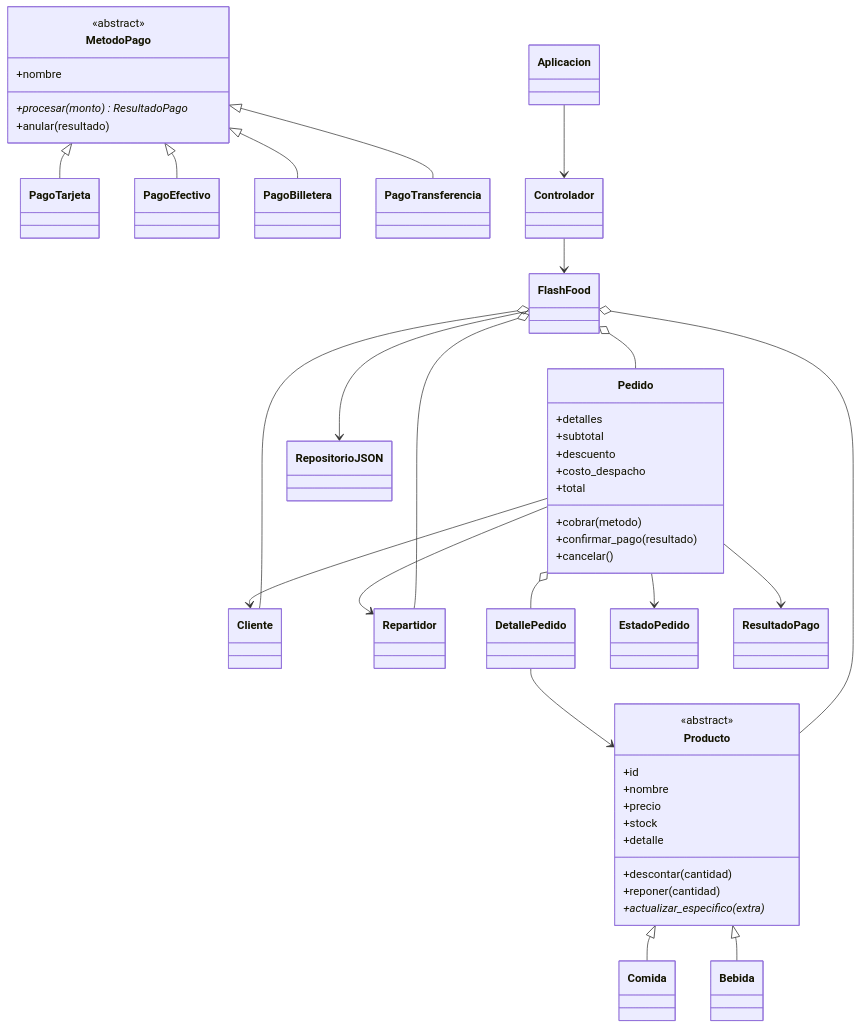
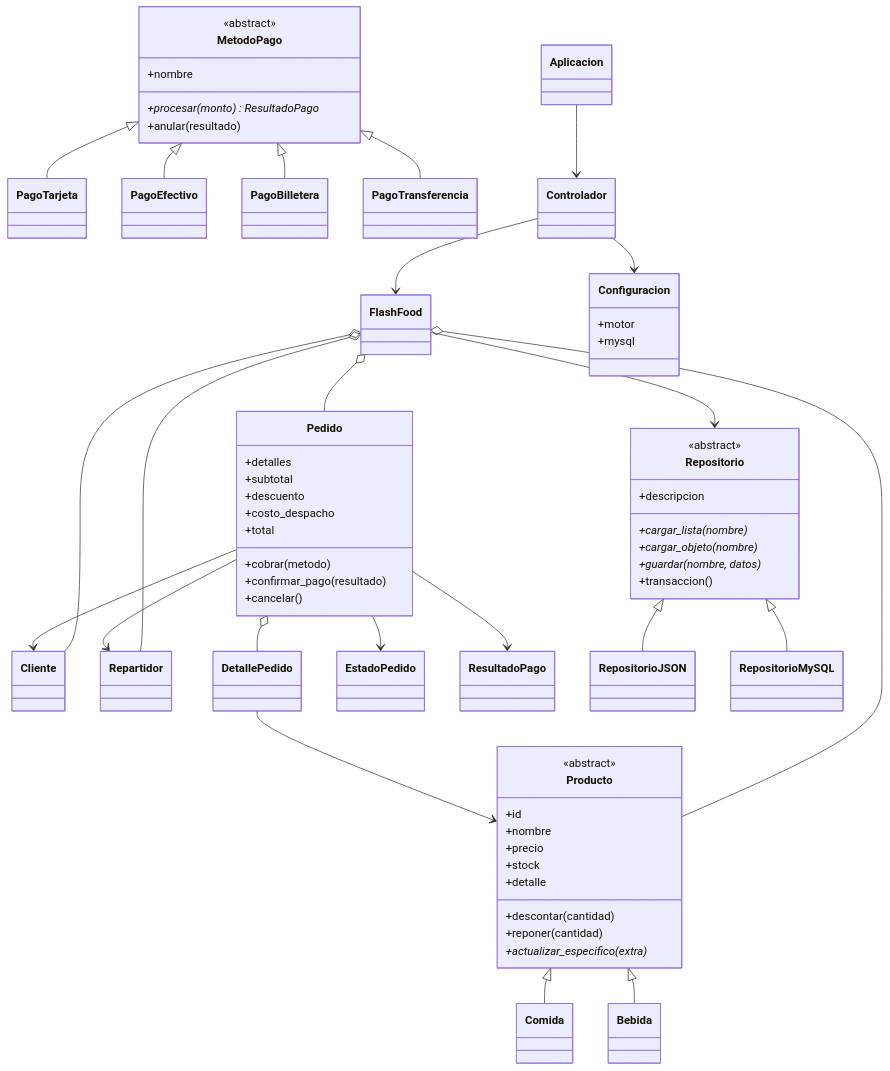
The first of 2 diagrams in docs/diagrama-uml.md (DuocUCDev/FlashFood-005V), drawn with Mermaid before and after one commit. The commit also changed other lines of this file and 23 other files, not shown here.

First line of the commit message:
feat: add MySQL persistence alongside JSON with in-app configuration

````diff
--- a/docs/diagrama-uml.md
+++ b/docs/diagrama-uml.md
@@ -3,66 +3,82 @@
 ```mermaid
 classDiagram
     class Producto {
         <<abstract>>
         +id
         +nombre
         +precio
         +stock
         +detalle
         +descontar(cantidad)
         +reponer(cantidad)
         +actualizar_especifico(extra)*
     }
     class Comida
     class Bebida
     Producto <|-- Comida
     Producto <|-- Bebida
 
     class MetodoPago {
         <<abstract>>
         +nombre
         +procesar(monto) ResultadoPago*
         +anular(resultado)
     }
     class PagoTarjeta
     class PagoEfectivo
     class PagoBilletera
     class PagoTransferencia
     MetodoPago <|-- PagoTarjeta
     MetodoPago <|-- PagoEfectivo
     MetodoPago <|-- PagoBilletera
     MetodoPago <|-- PagoTransferencia
 
     class Cliente
     class Repartidor
     class DetallePedido
     class Pedido {
         +detalles
         +subtotal
         +descuento
         +costo_despacho
         +total
         +cobrar(metodo)
         +confirmar_pago(resultado)
         +cancelar()
     }
     class EstadoPedido
     Pedido o-- DetallePedido
     Pedido --> Cliente
     Pedido --> Repartidor
     Pedido --> EstadoPedido
     Pedido --> ResultadoPago
     DetallePedido --> Producto
 
     class FlashFood
+    class Repositorio {
+        <<abstract>>
+        +descripcion
+        +cargar_lista(nombre)*
+        +cargar_objeto(nombre)*
+        +guardar(nombre, datos)*
+        +transaccion()
+    }
     class RepositorioJSON
+    class RepositorioMySQL
+    class Configuracion {
+        +motor
+        +mysql
+    }
+    Repositorio <|-- RepositorioJSON
+    Repositorio <|-- RepositorioMySQL
     class Controlador
     class Aplicacion
     FlashFood o-- Producto
     FlashFood o-- Cliente
     FlashFood o-- Pedido
     FlashFood o-- Repartidor
-    FlashFood --> RepositorioJSON
+    FlashFood --> Repositorio
     Controlador --> FlashFood
+    Controlador --> Configuracion
     Aplicacion --> Controlador
 ```
````
